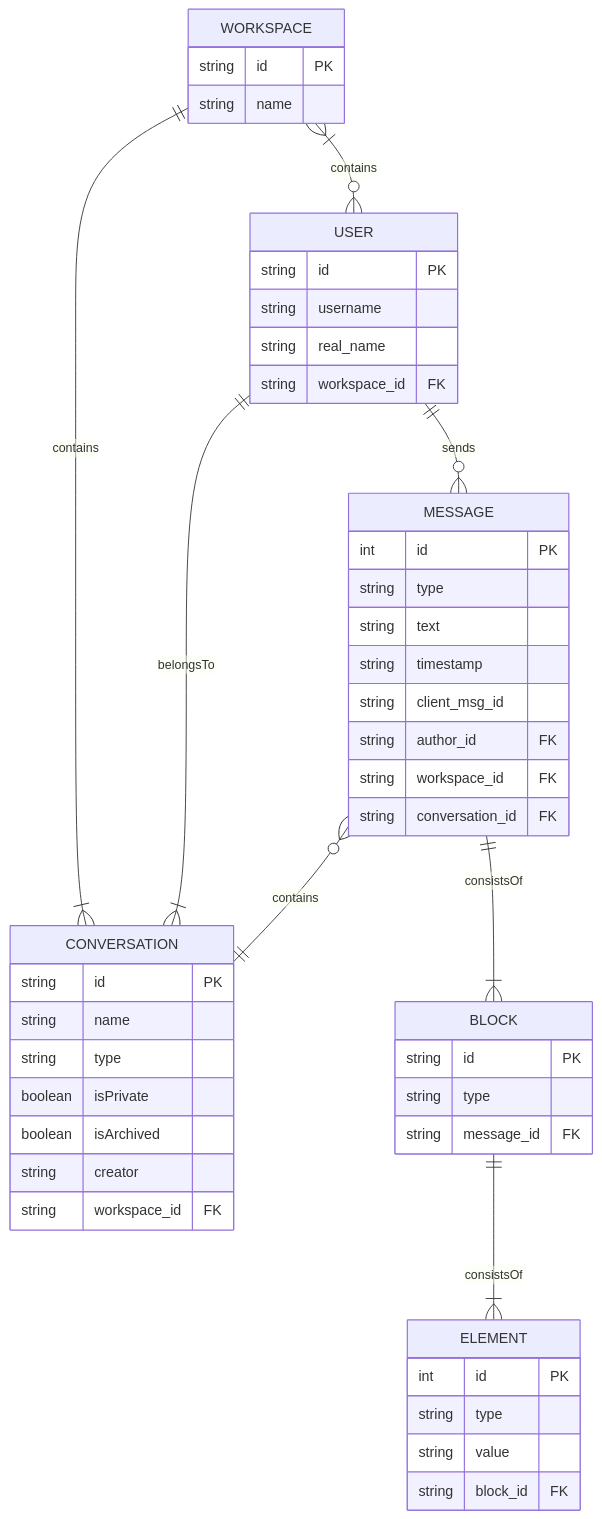
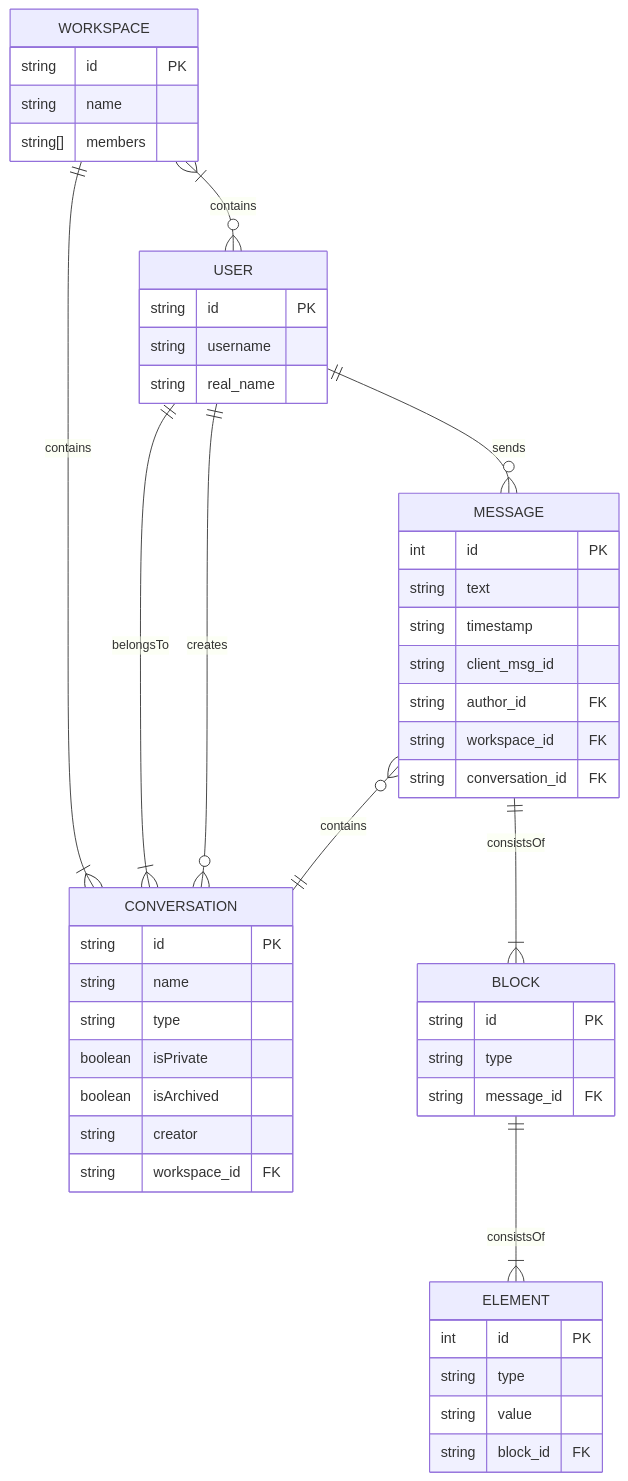
Before and after one commit to Capstone-Projects-2026-spring/project-structuring-unstructured-data: the first of 3 diagrams in documentation/docs/system-architecture/design.md, drawn with Mermaid. The commit also changed other lines of this file, not shown here.

Commit message:
updated design overview + raw data er diagram

````diff
--- a/documentation/docs/system-architecture/design.md
+++ b/documentation/docs/system-architecture/design.md
@@ -35,54 +33,54 @@
 ```mermaid
 erDiagram
     WORKSPACE }|--o{ USER : contains
     WORKSPACE ||--|{ CONVERSATION : contains
 
     USER ||--|{ CONVERSATION : belongsTo
+    USER ||--o{ CONVERSATION : creates
     USER ||--o{ MESSAGE : sends
 
     MESSAGE }o--|| CONVERSATION : contains
     MESSAGE ||--|{ BLOCK : consistsOf
     BLOCK ||--|{ ELEMENT : consistsOf
 
     WORKSPACE {
         string id PK
         string name
+        string[] members
     }
     USER {
         string id PK
         string username
         string real_name
-        string workspace_id FK
     }
     CONVERSATION {
         string id PK
         string name
         string type
         boolean isPrivate
         boolean isArchived
         string creator
         string workspace_id FK
     }
     MESSAGE {
         int id PK
-        string type
         string text
         string timestamp
         string client_msg_id
         string author_id FK
         string workspace_id FK
         string conversation_id FK
         
     }
     BLOCK {
         string id PK
         string type
         string message_id FK
     }
     ELEMENT {
         int id PK
         string type
         string value
         string block_id FK
     }
 ```
````
